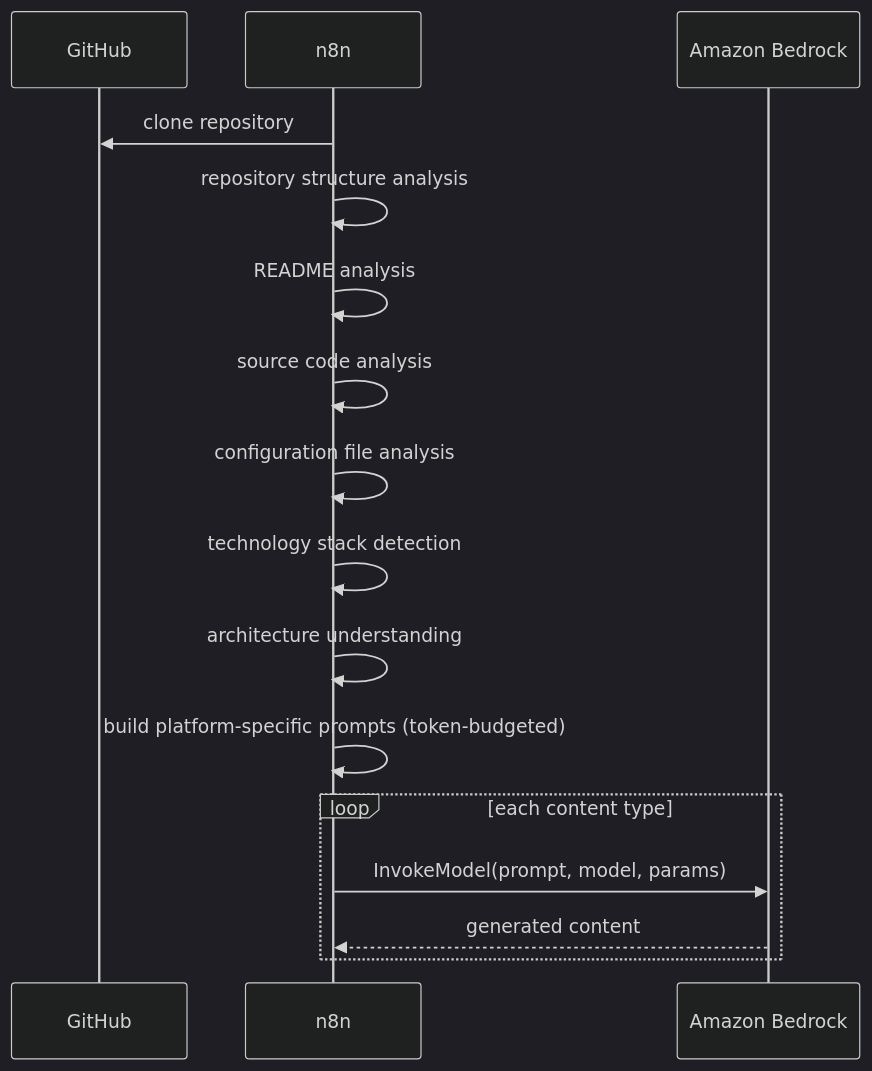
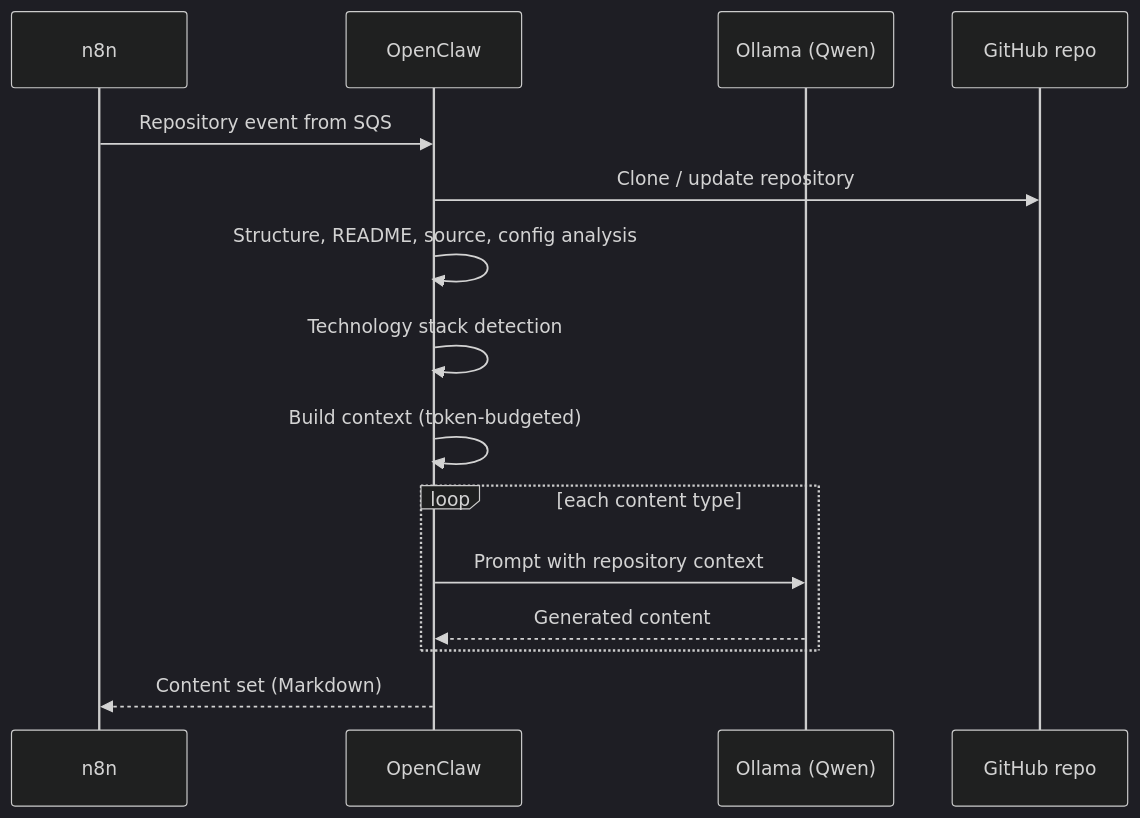
The fourth of 7 diagrams in docs/architecture.md (teddynted/ai-github-repository-blog-generator), drawn with Mermaid (dark theme) before and after one commit. The commit also changed other lines of this file and 12 other files, not shown here.

First line of the commit message:
docs: pivot to self-hosted OpenClaw + Ollama + EC2 Spot architecture

````diff
--- a/docs/architecture.md
+++ b/docs/architecture.md
@@ -106,19 +143,18 @@
 ```mermaid
 sequenceDiagram
-    participant GH as GitHub
     participant N as n8n
-    participant B as Amazon Bedrock
+    participant OC as OpenClaw
+    participant OL as Ollama (Qwen)
+    participant GH as GitHub repo
 
-    N->>GH: clone repository
-    N->>N: repository structure analysis
-    N->>N: README analysis
-    N->>N: source code analysis
-    N->>N: configuration file analysis
-    N->>N: technology stack detection
-    N->>N: architecture understanding
-    N->>N: build platform-specific prompts (token-budgeted)
+    N->>OC: Repository event from SQS
+    OC->>GH: Clone / update repository
+    OC->>OC: Structure, README, source, config analysis
+    OC->>OC: Technology stack detection
+    OC->>OC: Build context (token-budgeted)
     loop each content type
-        N->>B: InvokeModel(prompt, model, params)
-        B-->>N: generated content
+        OC->>OL: Prompt with repository context
+        OL-->>OC: Generated content
     end
+    OC-->>N: Content set (Markdown)
 ```
````
